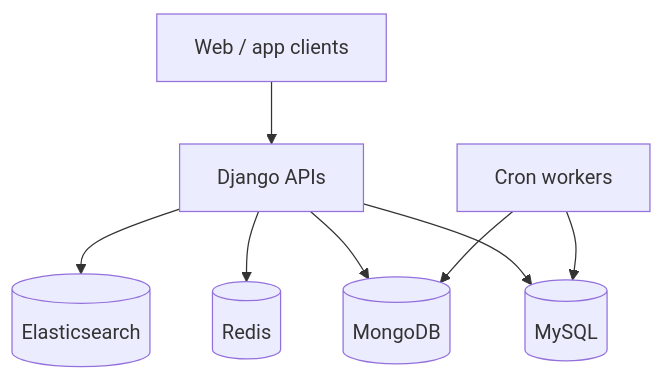
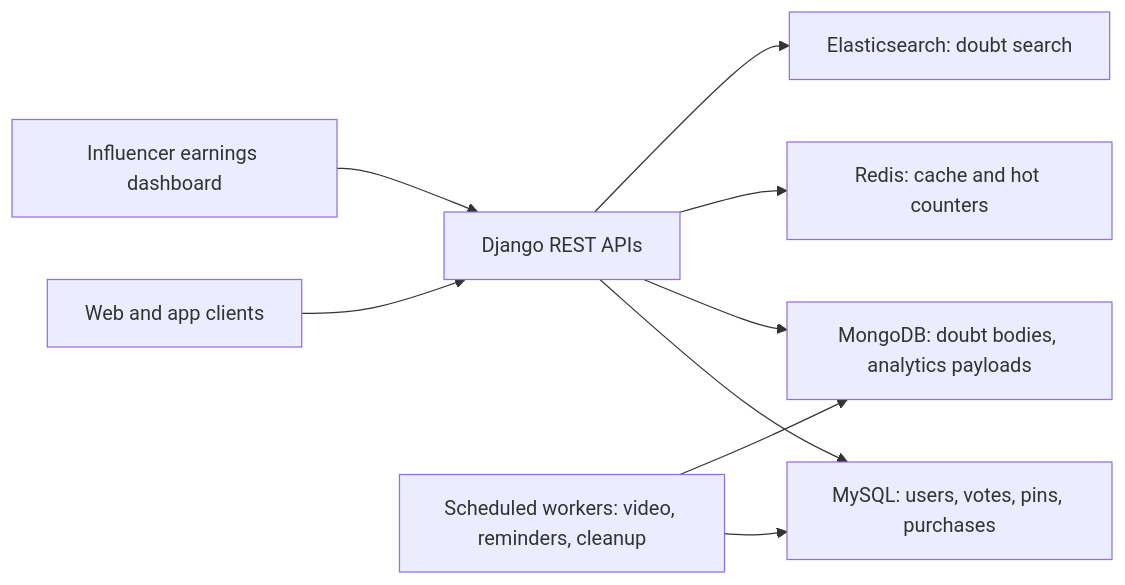
Before and after one commit to TM-DEV-PRO/final-resume: the first of 2 diagrams in final_java_pygo_ia/campaign_extras/interview_prep/architecture/05_geeksforgeeks.md, drawn with Mermaid. The commit also changed other lines of this file and 617 other files, not shown here.

````diff
--- a/final_java_pygo_ia/campaign_extras/interview_prep/architecture/05_geeksforgeeks.md
+++ b/final_java_pygo_ia/campaign_extras/interview_prep/architecture/05_geeksforgeeks.md
@@ -45,18 +41,20 @@
 ```mermaid
-flowchart TB
-  WEB[Web / app clients]
-  DJ[Django APIs]
-  MY[(MySQL)]
-  MO[(MongoDB)]
-  RE[(Redis)]
-  ES[(Elasticsearch)]
-  CRON[Cron workers]
+flowchart LR
+  WEB["Web and app clients"]
+  DJ["Django REST APIs"]
+  MY["MySQL: users, votes, pins, purchases"]
+  MO["MongoDB: doubt bodies, analytics payloads"]
+  RE["Redis: cache and hot counters"]
+  ES["Elasticsearch: doubt search"]
+  JOBS["Scheduled workers: video, reminders, cleanup"]
+  DASH["Influencer earnings dashboard"]
 
   WEB --> DJ
   DJ --> MY
   DJ --> MO
   DJ --> RE
   DJ --> ES
-  CRON --> MO
-  CRON --> MY
+  JOBS --> MY
+  JOBS --> MO
+  DASH --> DJ
 ```
````
